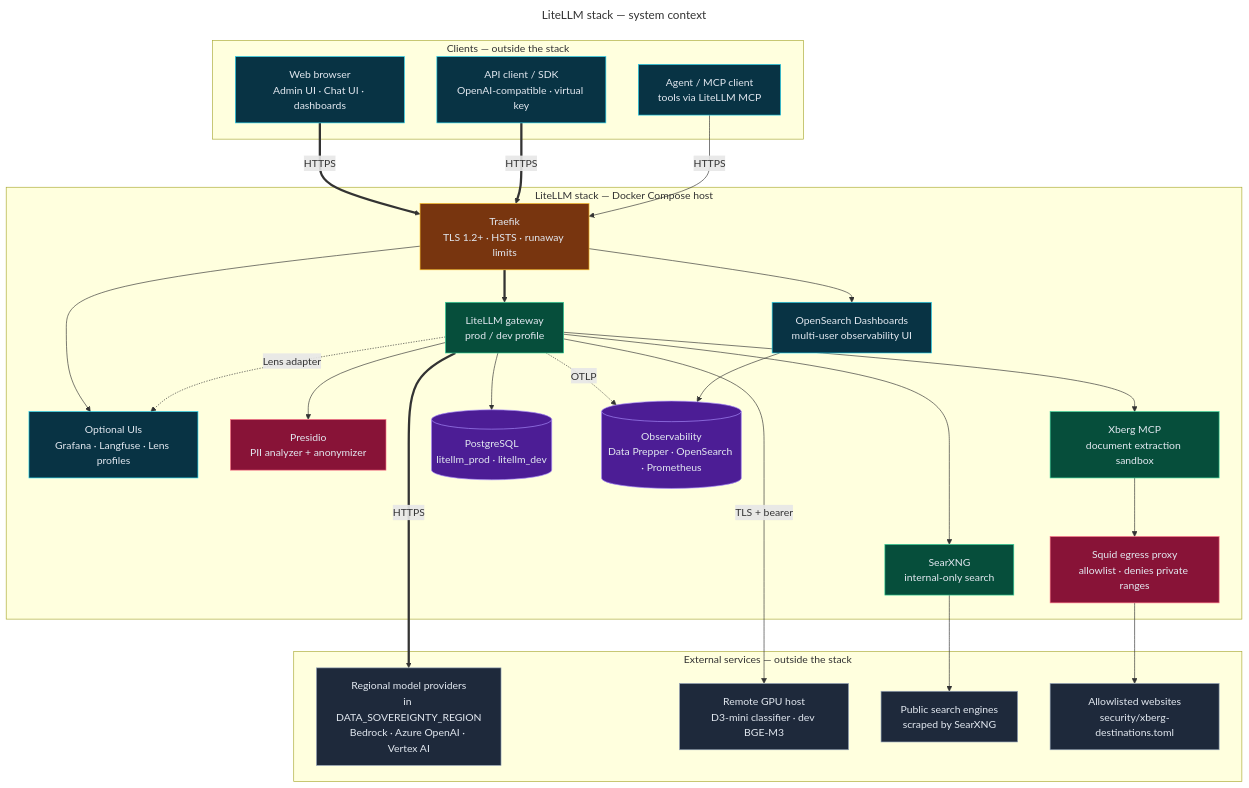
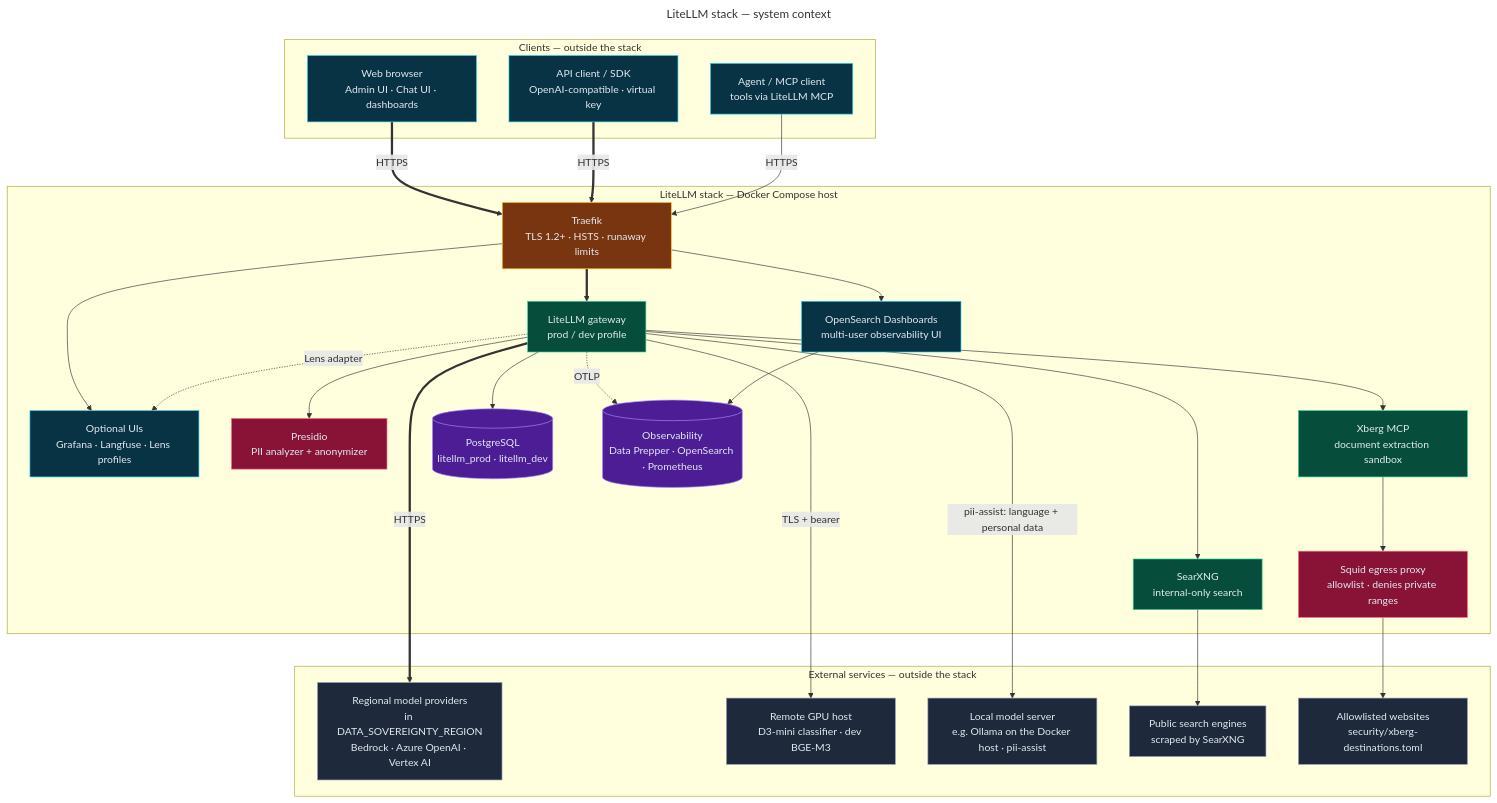
The diagram in diagrams/01-system-context.mmd (bella-1337/effective-spoon), drawn with Mermaid before and after one commit. The commit also changed 34 other files, not shown here.

```diff
--- a/diagrams/01-system-context.mmd
+++ b/diagrams/01-system-context.mmd
@@ -1,64 +1,66 @@
 ---
 title: LiteLLM stack — system context
 ---
 flowchart TD
   %% Source for 01-system-context.html. Edit this file, then run ./scripts/render-diagrams.py.
   %% Directives: docs in diagrams/README.md (Updating diagrams).
   %% @mode architecture
   %% @subtitle Who calls the stack, what runs inside the Docker host, and which services live outside it
   %% @card cyan | Clients | Browsers, SDKs, and agents reach the stack only through Traefik over HTTPS | API clients authenticate to LiteLLM with a virtual key or the master key | Operators use OpenSearch Dashboards, plus Grafana, Langfuse, or Lens when enabled
   %% @card violet | Inside the stack | LiteLLM is the single gateway for models, search, MCP tools, and guardrails | Presidio, SearXNG, Xberg, PostgreSQL, and telemetry stay on internal networks | Every container log, metric, and trace lands in OpenSearch by default
   %% @card rose | Outside the stack | Only the models named in .env serve completions, each from a Bedrock, Azure OpenAI, or Vertex AI location inside DATA_SOVEREIGNTY_REGION; a separate GPU host runs D3-mini and dev BGE-M3 embeddings behind one TLS proxy trusted through its mkcert CA, or the optional d3 profile runs D3-mini on the stack host's own GPU | SearXNG scrapes public engines — review their terms of use | Xberg reaches only allowlisted sites through the Squid egress proxy
   %% @journey #22d3ee: API TR LL EUP
   %% @journey #a78bfa: BR TR OSD OBS
   %% @journey #34d399: AG TR LL XB SQ WEB
 
   subgraph CL["Clients — outside the stack"]
     BR["Web browser<br/>Admin UI · Chat UI · dashboards"]:::frontend
     API["API client / SDK<br/>OpenAI-compatible · virtual key"]:::frontend
     AG["Agent / MCP client<br/>tools via LiteLLM MCP"]:::frontend
   end
   subgraph ST["LiteLLM stack — Docker Compose host"]
     TR["Traefik<br/>TLS 1.2+ · HSTS · runaway limits"]:::cloud
     LL["LiteLLM gateway<br/>prod / dev profile"]:::backend
     OSD["OpenSearch Dashboards<br/>multi-user observability UI"]:::frontend
     OPT["Optional UIs<br/>Grafana · Langfuse · Lens profiles"]:::frontend
     PR["Presidio<br/>PII analyzer + anonymizer"]:::security
     SX["SearXNG<br/>internal-only search"]:::backend
     XB["Xberg MCP<br/>document extraction sandbox"]:::backend
     PG[("PostgreSQL<br/>litellm_prod · litellm_dev")]:::database
     OBS[("Observability<br/>Data Prepper · OpenSearch · Prometheus")]:::database
     SQ["Squid egress proxy<br/>allowlist · denies private ranges"]:::security
   end
   subgraph EX["External services — outside the stack"]
     EUP["Regional model providers<br/>in DATA_SOVEREIGNTY_REGION<br/>Bedrock · Azure OpenAI · Vertex AI"]:::external
     D3["Remote GPU host<br/>D3-mini classifier · dev BGE-M3"]:::external
+    OLL["Local model server<br/>e.g. Ollama on the Docker host · pii-assist"]:::external
     SE["Public search engines<br/>scraped by SearXNG"]:::external
     WEB["Allowlisted websites<br/>security/xberg-destinations.toml"]:::external
   end
 
   BR ==>|"HTTPS"| TR
   API ==>|"HTTPS"| TR
   AG -->|"HTTPS"| TR
   TR ==> LL
   TR --> OSD
   TR --> OPT
   LL --> PR
   LL --> SX
   LL --> XB
   LL --> PG
   LL -.->|"OTLP"| OBS
   LL -.->|"Lens adapter"| OPT
   OSD --> OBS
   XB --> SQ
   LL ==>|"HTTPS"| EUP
   LL -->|"TLS + bearer"| D3
+  LL -->|"pii-assist: language + personal data"| OLL
   SX --> SE
   SQ --> WEB
 
   classDef backend fill:#064e3b,stroke:#34d399,color:#e2e8f0
   classDef cloud fill:#78350f,stroke:#fbbf24,color:#e2e8f0
   classDef database fill:#4c1d95,stroke:#a78bfa,color:#e2e8f0
   classDef external fill:#1e293b,stroke:#94a3b8,color:#e2e8f0
   classDef frontend fill:#083344,stroke:#22d3ee,color:#e2e8f0
   classDef security fill:#881337,stroke:#fb7185,color:#e2e8f0
```
